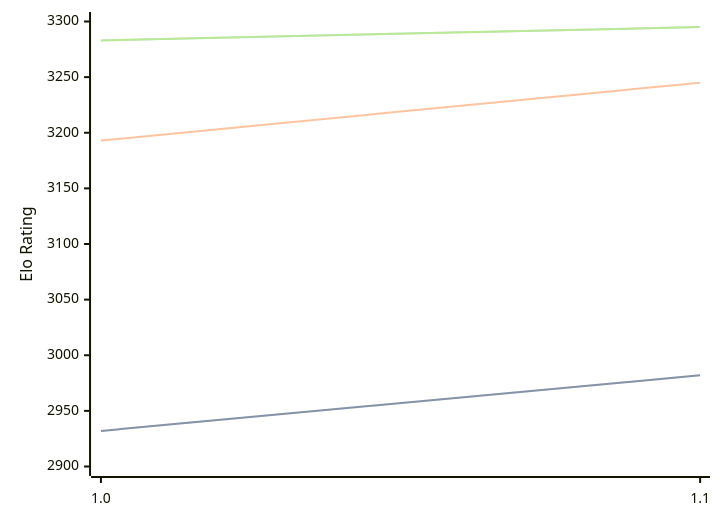
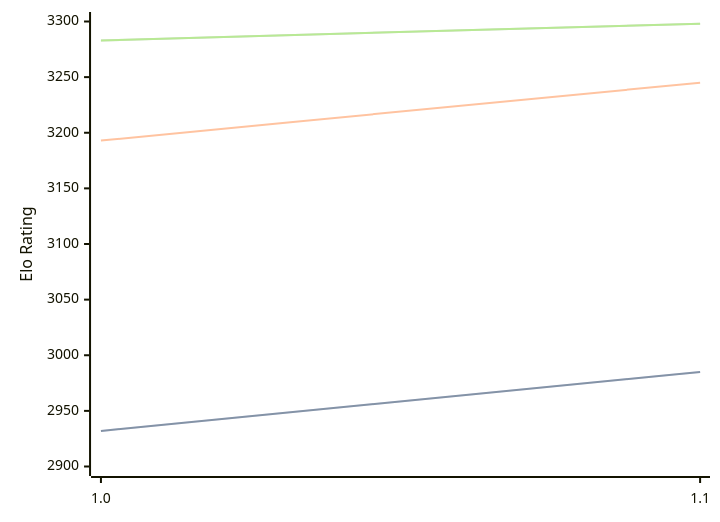
One commit to computer-chess-index/cci changed the diagram in engines/RodentV.md. Above: the diagram before and after it, drawn with Mermaid. The commit also changed other lines of this file, not shown here.

Commit message:
Update CCI Ratings (ELO VLTC) - 2026-08-28

````diff
--- a/engines/RodentV.md
+++ b/engines/RodentV.md
@@ -32,11 +32,11 @@
 ```mermaid
 %%{init: {"theme":"base","themeVariables":{"seriesColors:['#a3a3a3','#222221','#faa371']}}}%%
 xychart-beta
   x-axis ["1.0", "1.1"]
   y-axis "Elo Rating" 2900 --> 3300
-  line "" [2932, 2982]
-  line "STC (8.0+0.08s)" [2932, 2982]
+  line "" [2932, 2985]
+  line "STC (8.0+0.08s)" [2932, 2985]
   line "LTC (60.0+0.60s)" [3193, 3245]
-  line "" [3283, 3295]
-  line "VLTC (2m24s+1.12s)" [3283, 3295]
+  line "" [3283, 3298]
+  line "VLTC (2m24s+1.12s)" [3283, 3298]
 ```
````
